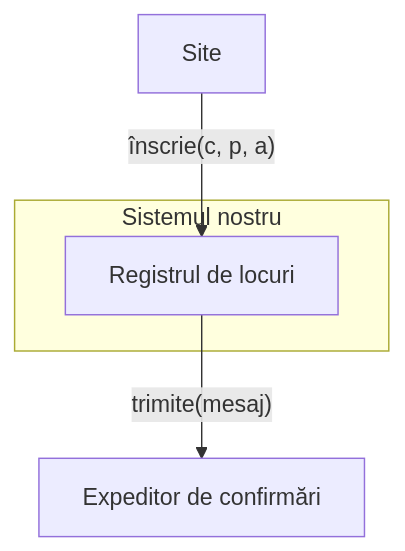
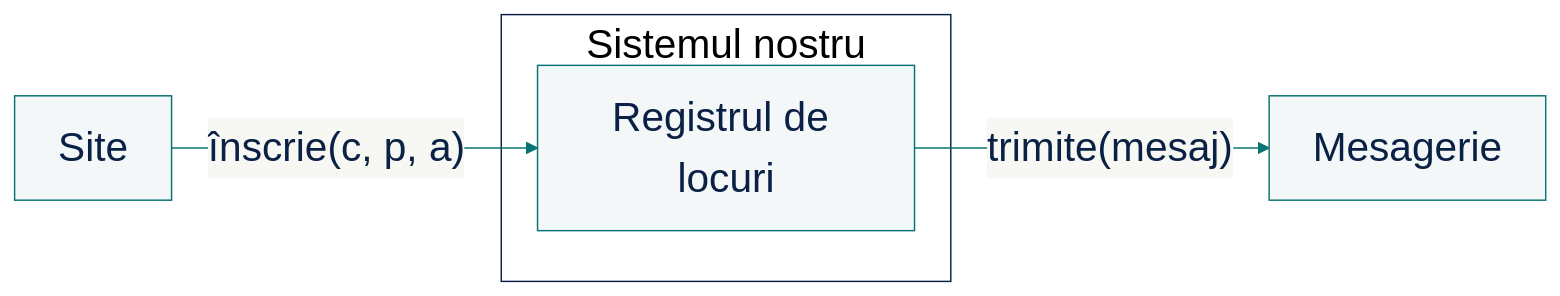
The diagram in class/amss-2026/curs/08-interactiuni.md (traiansf/traiansf.github.io), drawn with Mermaid before and after one commit. The commit also changed other lines of this file and 21 other files, not shown here.

````diff
--- a/class/amss-2026/curs/08-interactiuni.md
+++ b/class/amss-2026/curs/08-interactiuni.md
@@ -147,8 +145,11 @@
 ```mermaid
-flowchart TB
+%%{init: {"theme":"base","themeVariables":{"primaryColor":"#F3F7F8","primaryTextColor":"#0A2145","primaryBorderColor":"#087373","lineColor":"#087373","clusterBkg":"#FFFFFF","clusterBorder":"#0A2145","fontFamily":"Arial","fontSize":"28px"}}}%%
+flowchart LR
+  accTitle: Granița registrului de locuri
+  accDescr: Site-ul apelează registrul cu înscrie; registrul, singurul din interiorul graniței, apelează mesageria cu trimite.
   S[Site] -->|"înscrie(c, p, a)"| R[Registrul de locuri]
-  R -->|"trimite(mesaj)"| E[Expeditor de confirmări]
+  R -->|"trimite(mesaj)"| E[Mesagerie]
   subgraph interior [Sistemul nostru]
     R
   end
 ```
````
